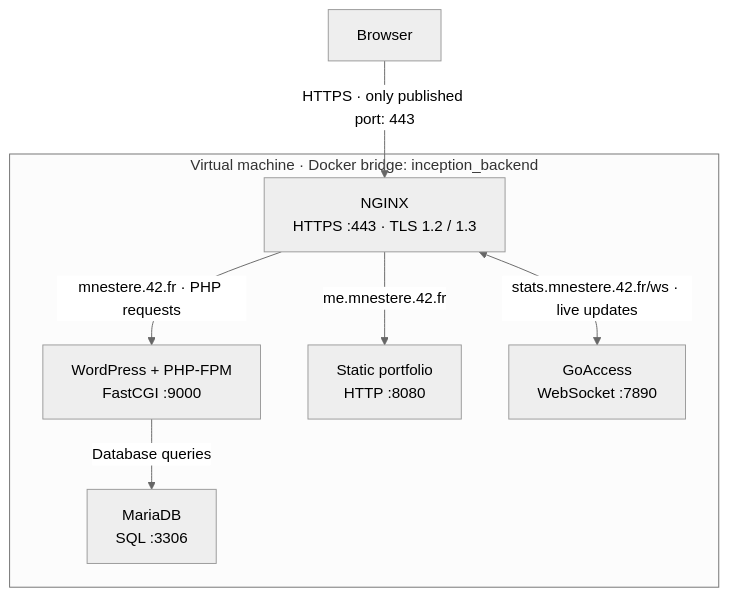
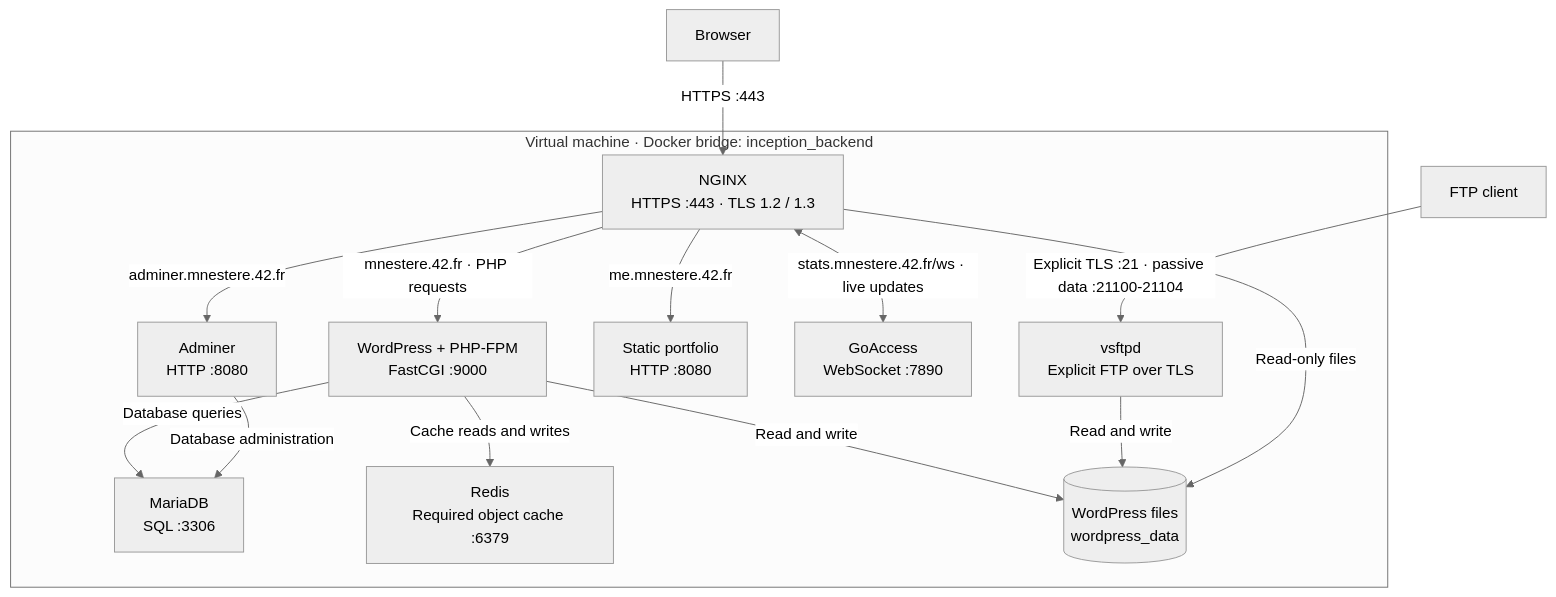
One commit to kapustazh/inception changed the diagram in README.md. Above: the diagram before and after it, drawn with Mermaid (neutral theme). The commit also changed other lines of this file, not shown here.

Commit message:
docs: update bonus services and architecture

````diff
--- a/README.md
+++ b/README.md
@@ -62,19 +67,31 @@
 ```mermaid
 flowchart TB
     browser["Browser"]
+    ftp_client["FTP client"]
 
     subgraph vm["Virtual machine · Docker bridge: inception_backend"]
         nginx["NGINX<br/>HTTPS :443 · TLS 1.2 / 1.3"]
         wordpress["WordPress + PHP-FPM<br/>FastCGI :9000"]
         mariadb["MariaDB<br/>SQL :3306"]
+        redis["Redis<br/>Required object cache :6379"]
+        adminer["Adminer<br/>HTTP :8080"]
         portfolio["Static portfolio<br/>HTTP :8080"]
         goaccess["GoAccess<br/>WebSocket :7890"]
+        ftp["vsftpd<br/>Explicit FTP over TLS"]
+        files[("WordPress files<br/>wordpress_data")]
 
         nginx -->|"mnestere.42.fr · PHP requests"| wordpress
         wordpress -->|"Database queries"| mariadb
+        wordpress -->|"Cache reads and writes"| redis
+        wordpress -->|"Read and write"| files
+        ftp -->|"Read and write"| files
+        nginx -->|"Read-only files"| files
+        nginx -->|"adminer.mnestere.42.fr"| adminer
+        adminer -->|"Database administration"| mariadb
         nginx -->|"me.mnestere.42.fr"| portfolio
         nginx <-->|"stats.mnestere.42.fr/ws · live updates"| goaccess
     end
 
-    browser -->|"HTTPS · only published port: 443"| nginx
+    browser -->|"HTTPS :443"| nginx
+    ftp_client -->|"Explicit TLS :21 · passive data :21100-21104"| ftp
 ```
````
